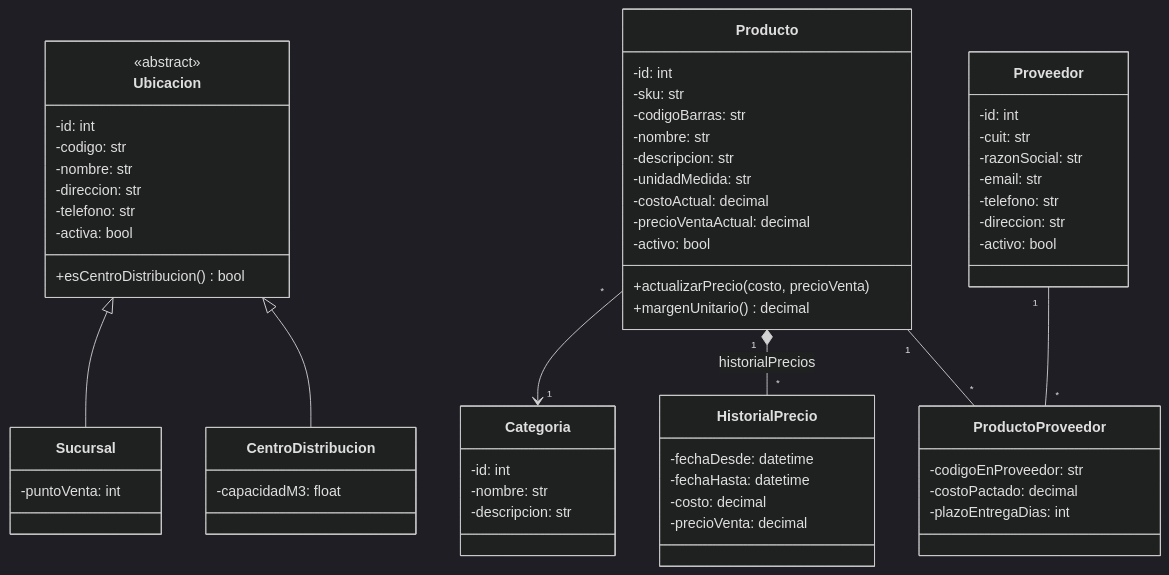
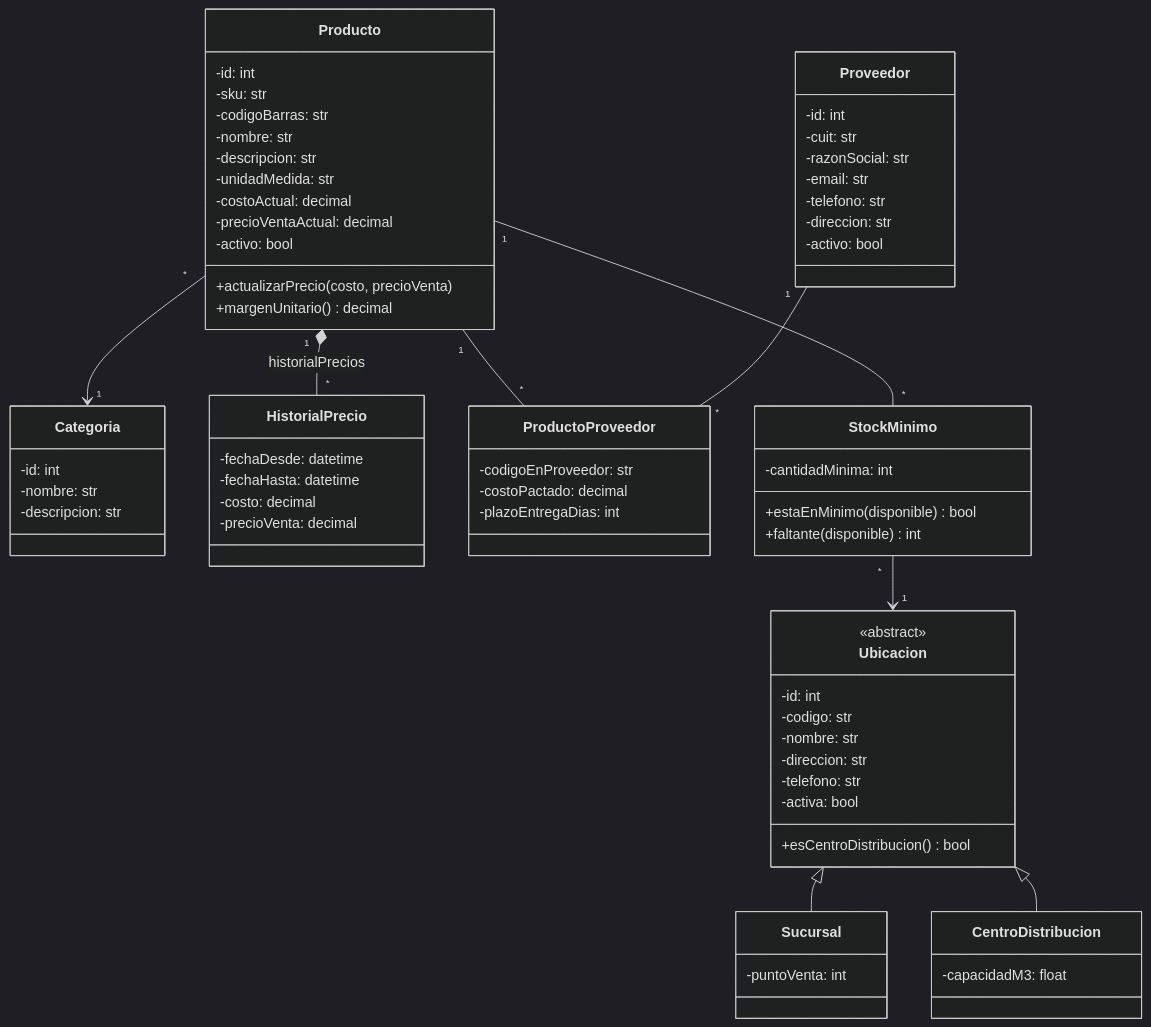
One commit to joaquin-brachetto/DAO-TP changed the second of 6 diagrams in docs/modelo_dominio.md. Above: the diagram before and after it, drawn with Mermaid (dark theme). The commit also changed other lines of this file and 8 other files, not shown here.

````diff
--- a/docs/modelo_dominio.md
+++ b/docs/modelo_dominio.md
@@ -86,64 +89,71 @@
 ```mermaid
 classDiagram
     class Ubicacion {
         <<abstract>>
         -id: int
         -codigo: str
         -nombre: str
         -direccion: str
         -telefono: str
         -activa: bool
         +esCentroDistribucion() bool
     }
     class Sucursal {
         -puntoVenta: int
     }
     class CentroDistribucion {
         -capacidadM3: float
     }
     class Categoria {
         -id: int
         -nombre: str
         -descripcion: str
     }
     class Producto {
         -id: int
         -sku: str
         -codigoBarras: str
         -nombre: str
         -descripcion: str
         -unidadMedida: str
         -costoActual: decimal
         -precioVentaActual: decimal
         -activo: bool
         +actualizarPrecio(costo, precioVenta)
         +margenUnitario() decimal
     }
     class HistorialPrecio {
         -fechaDesde: datetime
         -fechaHasta: datetime
         -costo: decimal
         -precioVenta: decimal
     }
     class Proveedor {
         -id: int
         -cuit: str
         -razonSocial: str
         -email: str
         -telefono: str
         -direccion: str
         -activo: bool
     }
     class ProductoProveedor {
         -codigoEnProveedor: str
         -costoPactado: decimal
         -plazoEntregaDias: int
     }
+    class StockMinimo {
+        -cantidadMinima: int
+        +estaEnMinimo(disponible) bool
+        +faltante(disponible) int
+    }
 
     Ubicacion <|-- Sucursal
     Ubicacion <|-- CentroDistribucion
     Producto "*" --> "1" Categoria
     Producto "1" *-- "*" HistorialPrecio : historialPrecios
     Producto "1" -- "*" ProductoProveedor
     Proveedor "1" -- "*" ProductoProveedor
+    Producto "1" -- "*" StockMinimo
+    StockMinimo "*" --> "1" Ubicacion
 ```
````
